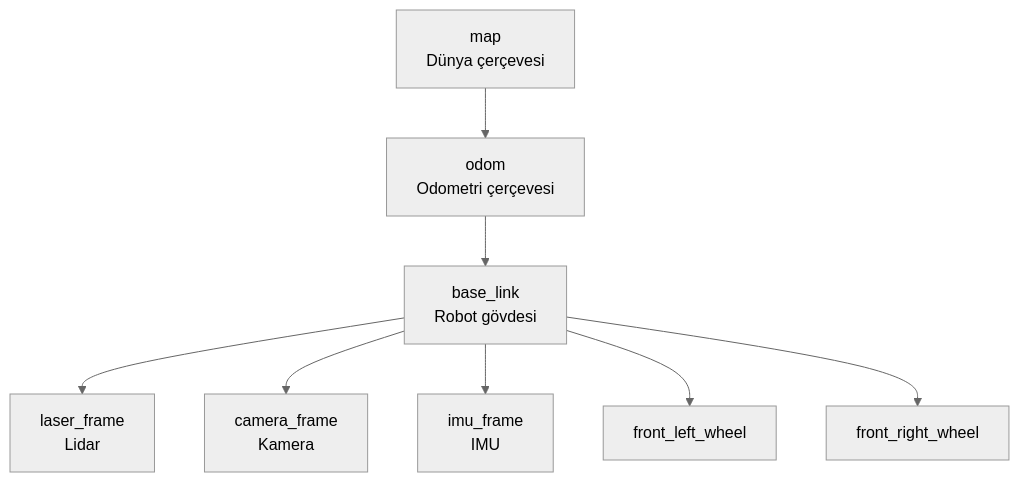
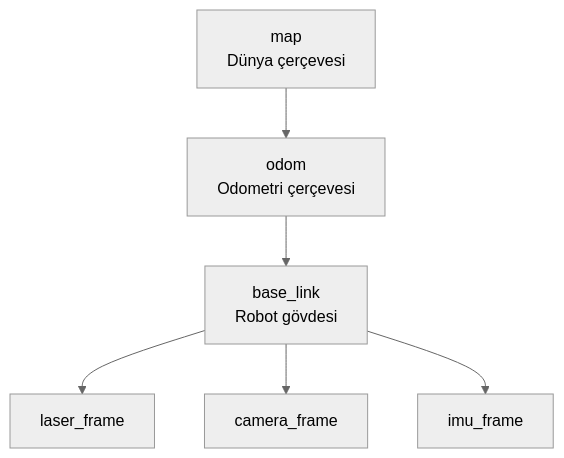
Before and after one commit to serkanMzlm/MechatronicsNotebook: the fourth of 5 diagrams in docs/md/robotics/ros2.md, drawn with Mermaid (neutral theme). The commit also changed other lines of this file and 3 other files, not shown here.

````diff
--- a/docs/md/robotics/ros2.md
+++ b/docs/md/robotics/ros2.md
@@ -1221,10 +164,8 @@
 ```mermaid
 graph TD
-    MAP[map\nDünya çerçevesi] --> ODOM[odom\nOdometri çerçevesi]
-    ODOM --> BASE[base_link\nRobot gövdesi]
-    BASE --> LASER[laser_frame\nLidar]
-    BASE --> CAMERA[camera_frame\nKamera]
-    BASE --> IMU[imu_frame\nIMU]
-    BASE --> FL[front_left_wheel]
-    BASE --> FR[front_right_wheel]
+    MAP["map<br/>Dünya çerçevesi"] --> ODOM["odom<br/>Odometri çerçevesi"]
+    ODOM --> BASE["base_link<br/>Robot gövdesi"]
+    BASE --> LASER[laser_frame]
+    BASE --> CAMERA[camera_frame]
+    BASE --> IMU[imu_frame]
 ```
````
